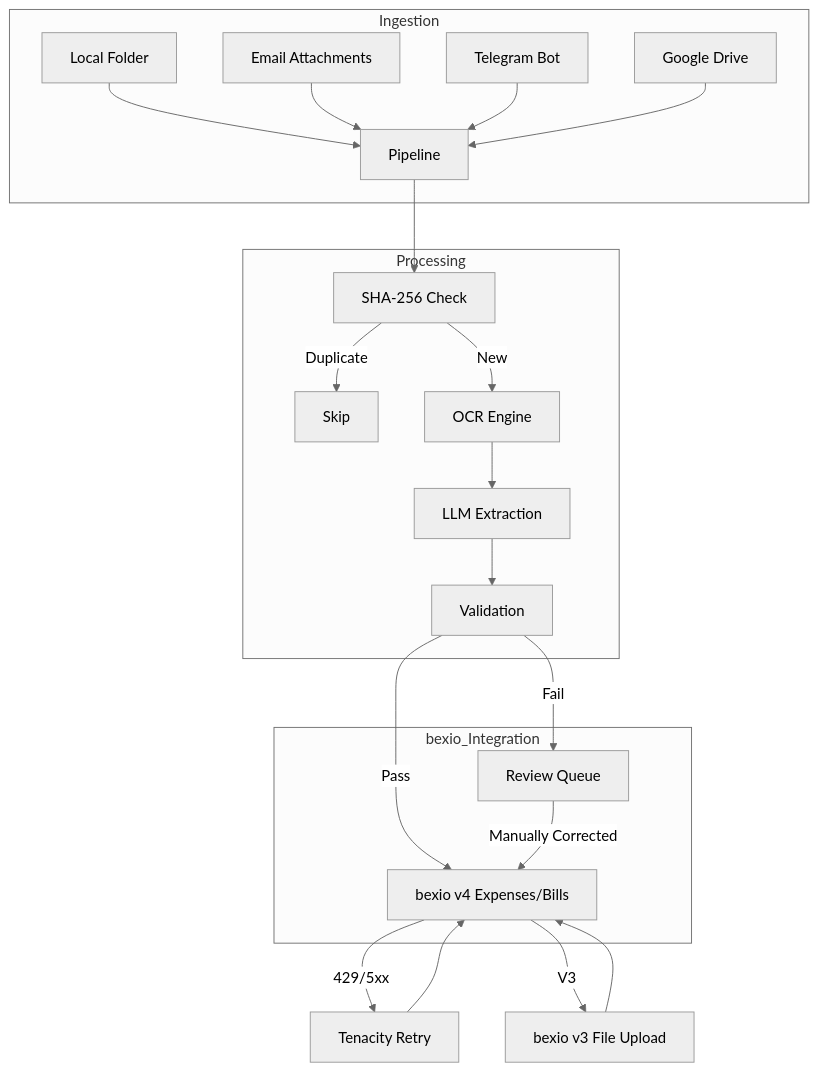
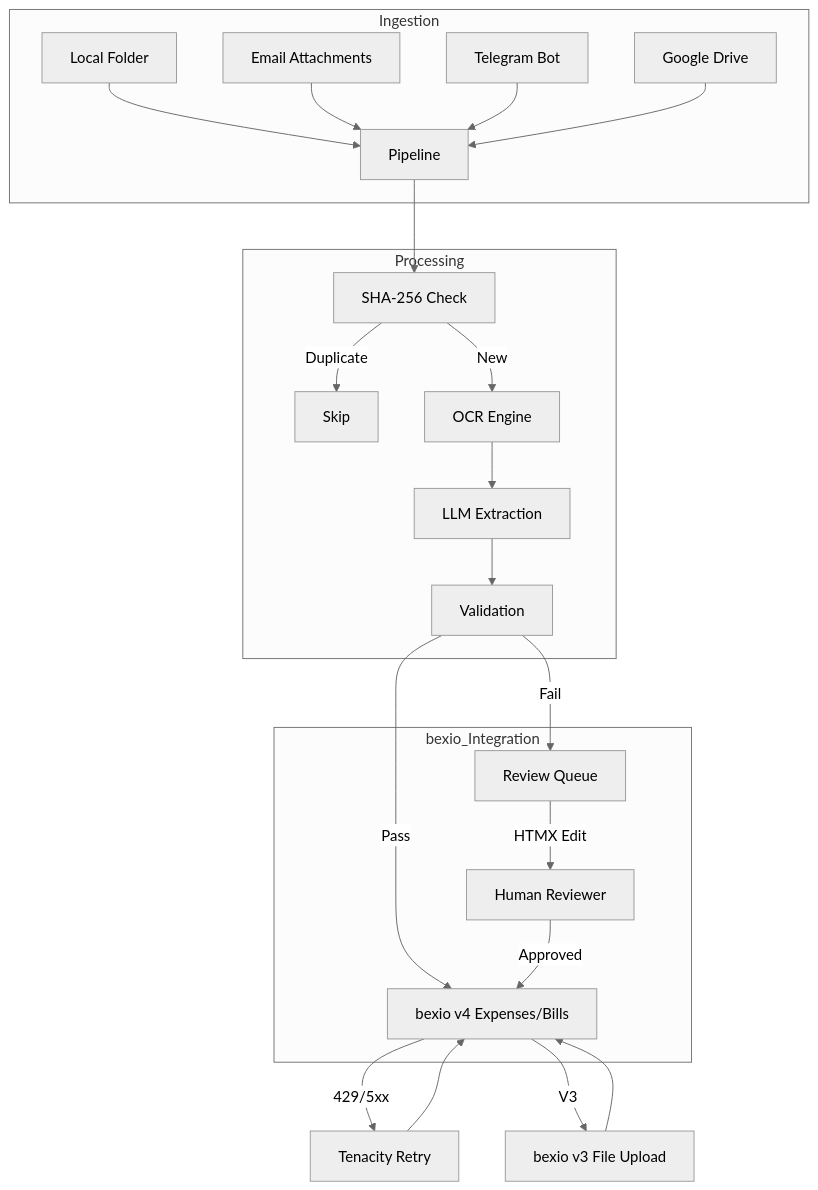
One commit to tazztone/bexio-receipts changed the diagram in docs/ARCHITECTURE.md. Above: the diagram before and after it, drawn with Mermaid (neutral theme). The commit also changed other lines of this file and 24 other files, not shown here.

````diff
--- a/docs/ARCHITECTURE.md
+++ b/docs/ARCHITECTURE.md
@@ -8,28 +8,29 @@
 ```mermaid
 graph TD
     subgraph Ingestion
         WatchedDir[Local Folder] --> P[Pipeline]
         IMAP[Email Attachments] --> P
         Telegram[Telegram Bot] --> P
         GDrive[Google Drive] --> P
     end
 
     subgraph Processing
-        P --> Hash[SHA-256 Check]
-        Hash -- Duplicate --> Skip[Skip]
-        Hash -- New --> OCR[OCR Engine]
+        P --> DB_Hash[SHA-256 Check]
+        DB_Hash -- Duplicate --> Skip[Skip]
+        DB_Hash -- New --> OCR[OCR Engine]
         OCR --> LLM[LLM Extraction]
         LLM --> VAL[Validation]
     end
 
     subgraph bexio_Integration
         VAL -- Pass --> BEX_V4[bexio v4 Expenses/Bills]
         VAL -- Fail --> Review[Review Queue]
-        Review -- Manually Corrected --> BEX_V4
+        Review -- HTMX Edit --> Human[Human Reviewer]
+        Human -- Approved --> BEX_V4
     end
 
     BEX_V4 -- 429/5xx --> Retry[Tenacity Retry]
     Retry --> BEX_V4
     BEX_V4 -- V3 --> Upload[bexio v3 File Upload]
     Upload --> BEX_V4
 ```
````
